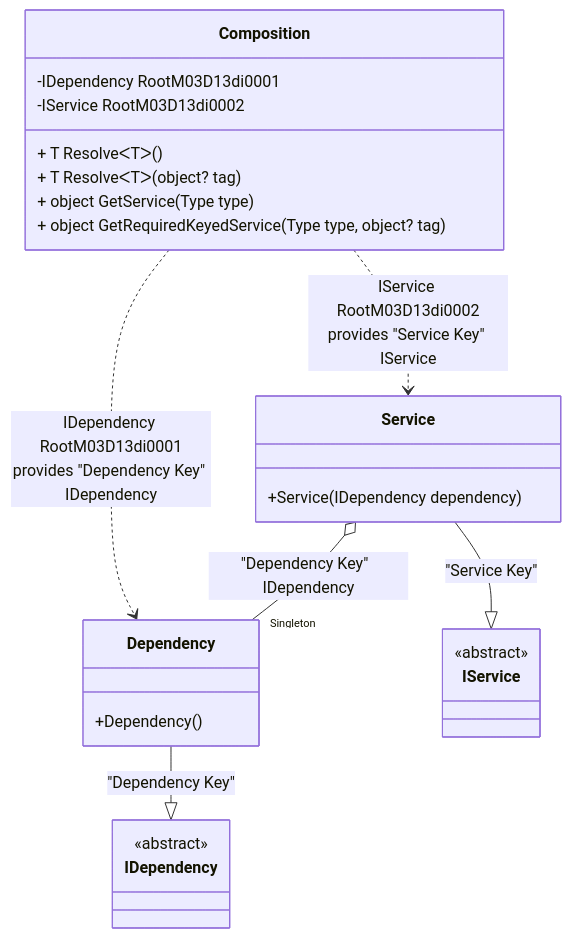
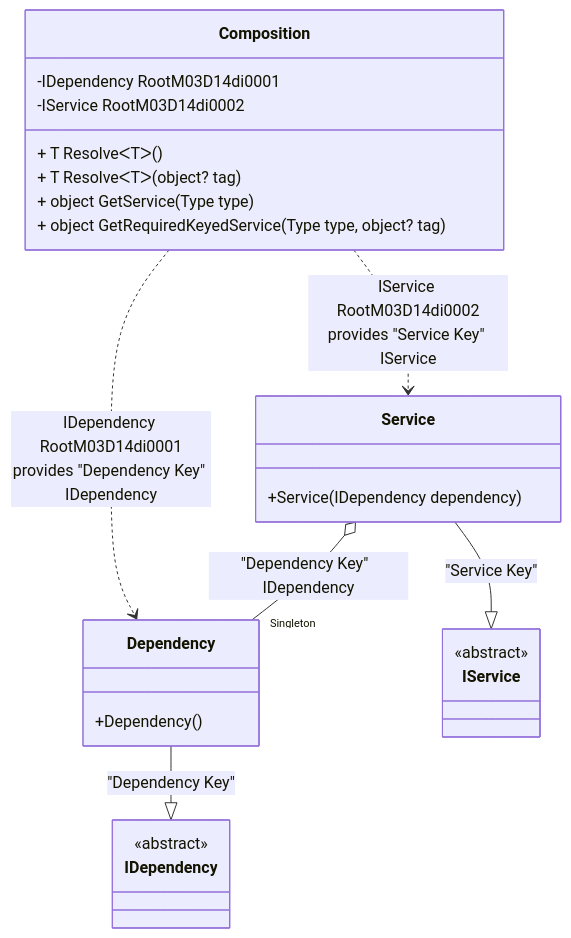
Before and after one commit to DevTeam/Pure.DI: the diagram in readme/keyed-service-provider.md, drawn with Mermaid. The commit also changed other lines of this file and 73 other files, not shown here.

````diff
--- a/readme/keyed-service-provider.md
+++ b/readme/keyed-service-provider.md
@@ -50,28 +50,28 @@
 ```mermaid
 classDiagram
   class Composition {
-    -IDependency RootM03D13di0001
-    -IService RootM03D13di0002
+    -IDependency RootM03D14di0001
+    -IService RootM03D14di0002
     + T ResolveᐸTᐳ()
     + T ResolveᐸTᐳ(object? tag)
     + object GetService(Type type)
     + object GetRequiredKeyedService(Type type, object? tag)
   }
   Dependency --|> IDependency : "Dependency Key" 
   class Dependency {
     +Dependency()
   }
   Service --|> IService : "Service Key" 
   class Service {
     +Service(IDependency dependency)
   }
   class IDependency {
     <<abstract>>
   }
   class IService {
     <<abstract>>
   }
   Service o--  "Singleton" Dependency : "Dependency Key"  IDependency
-  Composition ..> Dependency : IDependency RootM03D13di0001<br/>provides "Dependency Key" IDependency
-  Composition ..> Service : IService RootM03D13di0002<br/>provides "Service Key" IService
+  Composition ..> Dependency : IDependency RootM03D14di0001<br/>provides "Dependency Key" IDependency
+  Composition ..> Service : IService RootM03D14di0002<br/>provides "Service Key" IService
 ```
````
